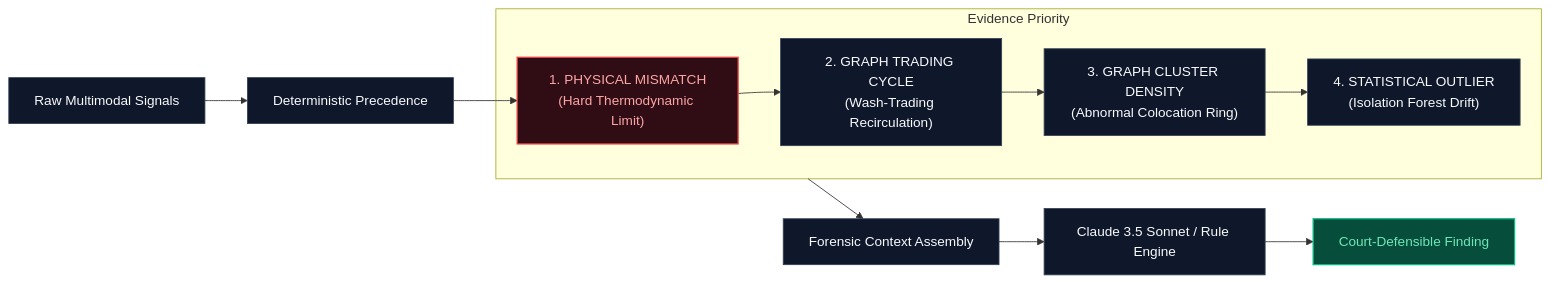
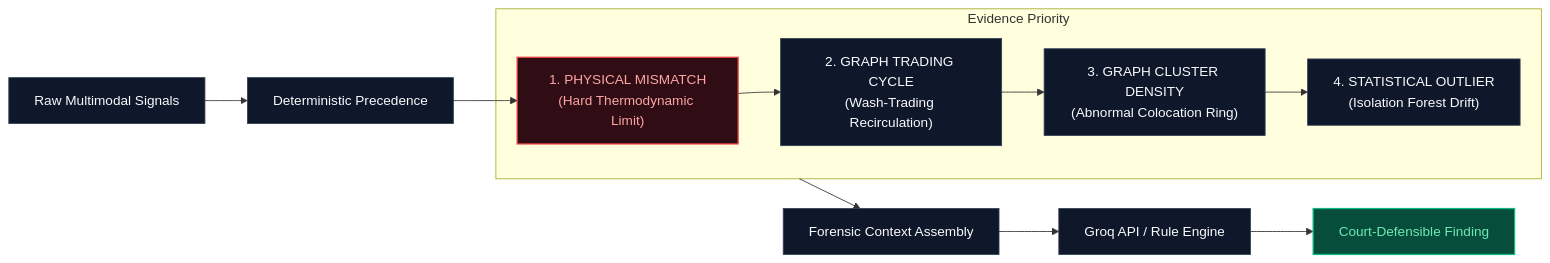
Before and after one commit to prathamkariya/RECON-REC-Observation-Network: the first of 2 diagrams in README.md, drawn with Mermaid. The commit also changed other lines of this file and 4 other files, not shown here.

Commit message:
docs: add architecture, workflow, and tech stack SVG diagrams and update README

````diff
--- a/README.md
+++ b/README.md
@@ -216,27 +216,27 @@
 ```mermaid
 flowchart LR
     A["Raw Multimodal Signals"] --> B["Deterministic Precedence"]
     
     subgraph Precedence ["Evidence Priority"]
         B1["1. PHYSICAL MISMATCH<br/>(Hard Thermodynamic Limit)"]
         B2["2. GRAPH TRADING CYCLE<br/>(Wash-Trading Recirculation)"]
         B3["3. GRAPH CLUSTER DENSITY<br/>(Abnormal Colocation Ring)"]
         B4["4. STATISTICAL OUTLIER<br/>(Isolation Forest Drift)"]
     end
     
     B --> B1
     B1 --> B2
     B2 --> B3
     B3 --> B4
     
     Precedence --> C["Forensic Context Assembly"]
-    C --> D["Claude 3.5 Sonnet / Rule Engine"]
+    C --> D["Groq API / Rule Engine"]
     D --> E["Court-Defensible Finding"]
 
     classDef default fill:#0f172a,stroke:#334155,stroke-width:1px,color:#f8fafc;
     classDef priority fill:#300d14,stroke:#ef4444,stroke-width:1.5px,color:#fca5a5;
     classDef result fill:#064e3b,stroke:#10b981,stroke-width:1.5px,color:#6ee7b7;
 
     class B1 priority;
     class E result;
 ```
````
